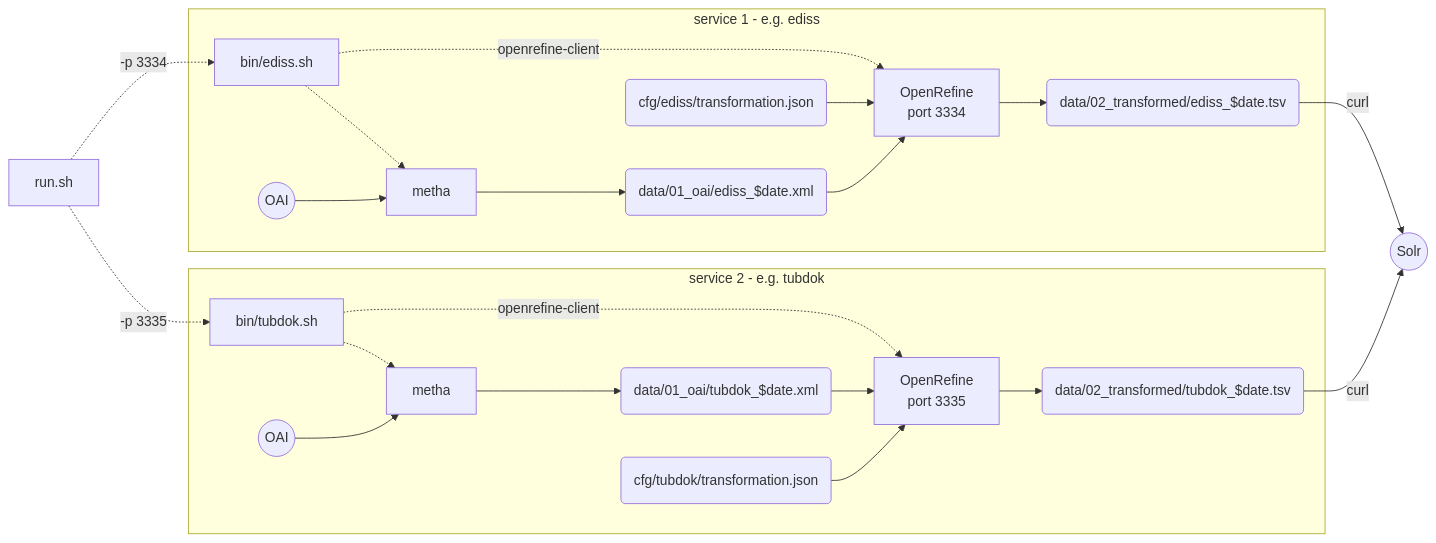
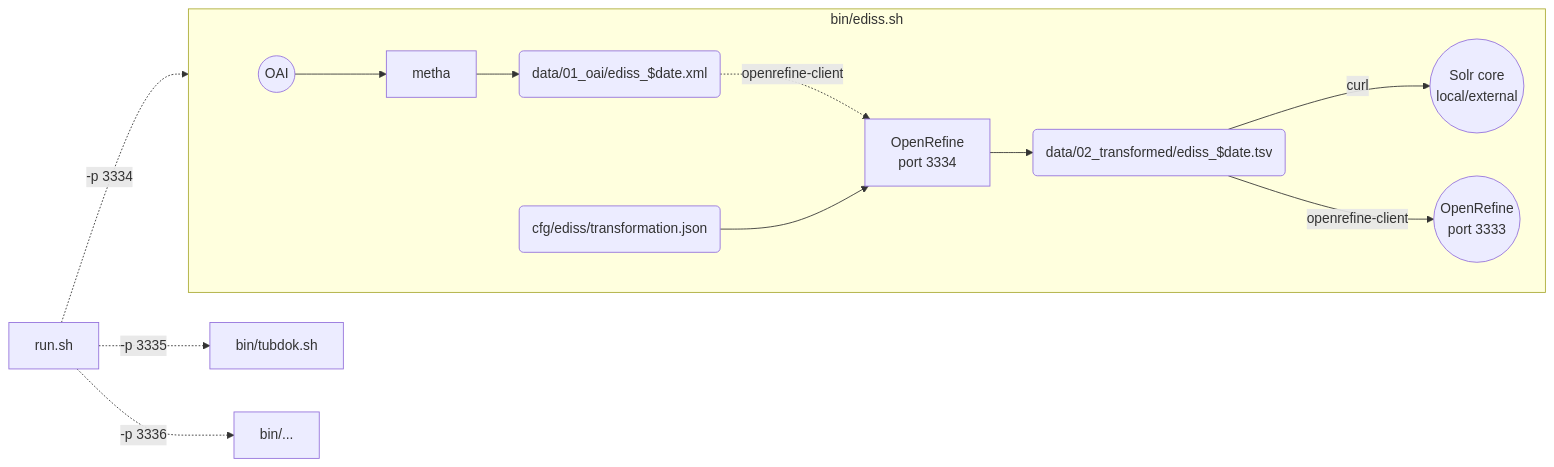
One commit to subhh/HOS-MetadataTransformations changed the diagram in flowchart.mmd. Above: the diagram before and after it, drawn with Mermaid. The commit also changed 1 other file, not shown here.

Commit message:
simplified flowchart

```diff
--- a/flowchart.mmd
+++ b/flowchart.mmd
@@ -1,26 +1,16 @@
 graph LR
+
 run.sh -. -p 3334 .-> bin/ediss.sh
+bin/ediss.sh -.- oai
 run.sh -. -p 3335 .-> bin/tubdok.sh
+run.sh -. -p 3336 .-> bin/...
 
-subgraph service 2 - e.g. tubdok
-bin/tubdok.sh -.-> metha2[metha]
-oai2((OAI)) --> metha2
-metha2 --> 01oai2(data/01_oai/tubdok_$date.xml)
-bin/tubdok.sh -. openrefine-client .-> openrefine2[OpenRefine<br>port 3335]
-01oai2 --> openrefine2
-config2(cfg/tubdok/transformation.json) --> openrefine2
-openrefine2 --> 02transformed2(data/02_transformed/tubdok_$date.tsv)
+subgraph bin/ediss.sh
+oai((OAI)) --> metha
+metha --> 01oai(data/01_oai/ediss_$date.xml)
+01oai -. openrefine-client .-> openrefine-container[OpenRefine<br>port 3334]
+config(cfg/ediss/transformation.json) --> openrefine-container
+openrefine-container --> 02transformed(data/02_transformed/ediss_$date.tsv)
+02transformed -- curl --> solr((Solr core<br>local/external))
+02transformed -- openrefine-client --> openrefine-service((OpenRefine<br>port 3333))
 end
-
-subgraph service 1 - e.g. ediss
-bin/ediss.sh -.-> metha1[metha]
-oai1((OAI)) --> metha1
-metha1 --> 01oai1(data/01_oai/ediss_$date.xml)
-bin/ediss.sh -. openrefine-client .-> openrefine1[OpenRefine<br>port 3334]
-config1(cfg/ediss/transformation.json) --> openrefine1
-01oai1 --> openrefine1
-openrefine1 --> 02transformed1(data/02_transformed/ediss_$date.tsv)
-end
-
-02transformed1 -- curl --> solr((Solr))
-02transformed2 -- curl --> solr
```
